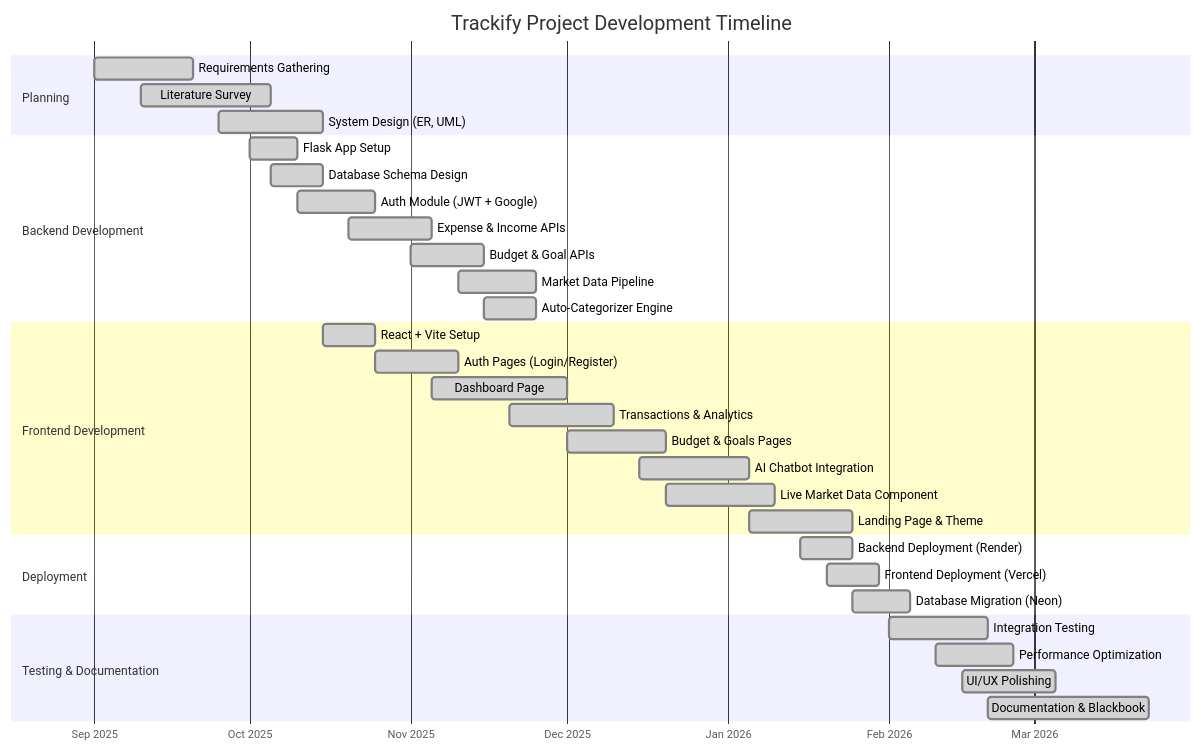
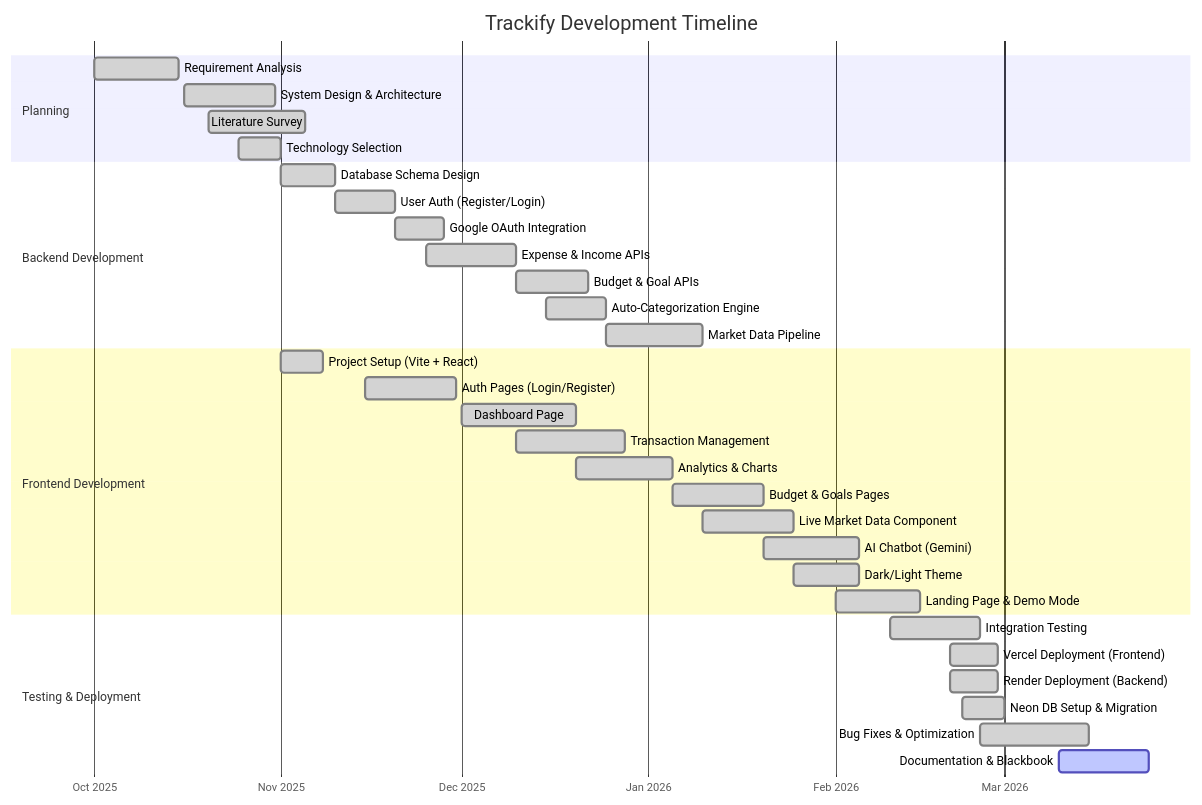
One commit to ayushsawant3478-web/Expense_tracker changed the second of 13 diagrams in Trackify_Blackbook.md. Above: the diagram before and after it, drawn with Mermaid. The commit also changed other lines of this file and 2 other files, not shown here.

Commit message:
Reduce memory usage on Render

````diff
--- a/Trackify_Blackbook.md
+++ b/Trackify_Blackbook.md
@@ -389,42 +378,41 @@
 ```mermaid
 gantt
-    title Trackify Project Development Timeline
+    title Trackify Development Timeline
     dateFormat  YYYY-MM-DD
     axisFormat  %b %Y
-    todayMarker stroke-width:3px,stroke:#ff0000
 
     section Planning
-    Requirements Gathering     :done, rg, 2025-09-01, 2025-09-20
-    Literature Survey           :done, ls, 2025-09-10, 2025-10-05
-    System Design (ER, UML)     :done, sd, 2025-09-25, 2025-10-15
+    Requirement Analysis           :done, p1, 2025-10-01, 2025-10-15
+    System Design & Architecture   :done, p2, 2025-10-16, 2025-10-31
+    Literature Survey              :done, p3, 2025-10-20, 2025-11-05
+    Technology Selection           :done, p4, 2025-10-25, 2025-11-01
 
     section Backend Development
-    Flask App Setup             :done, fas, 2025-10-01, 2025-10-10
-    Database Schema Design      :done, dbs, 2025-10-05, 2025-10-15
-    Auth Module (JWT + Google)  :done, am, 2025-10-10, 2025-10-25
-    Expense & Income APIs       :done, ei, 2025-10-20, 2025-11-05
-    Budget & Goal APIs          :done, bg, 2025-11-01, 2025-11-15
-    Market Data Pipeline        :done, md, 2025-11-10, 2025-11-25
-    Auto-Categorizer Engine     :done, ac, 2025-11-15, 2025-11-25
+    Database Schema Design         :done, b1, 2025-11-01, 2025-11-10
+    User Auth (Register/Login)     :done, b2, 2025-11-10, 2025-11-20
+    Google OAuth Integration       :done, b3, 2025-11-20, 2025-11-28
+    Expense & Income APIs          :done, b4, 2025-11-25, 2025-12-10
+    Budget & Goal APIs             :done, b5, 2025-12-10, 2025-12-22
+    Auto-Categorization Engine     :done, b6, 2025-12-15, 2025-12-25
+    Market Data Pipeline           :done, b7, 2025-12-25, 2026-01-10
 
     section Frontend Development
-    React + Vite Setup          :done, rvs, 2025-10-15, 2025-10-25
-    Auth Pages (Login/Register) :done, ap, 2025-10-25, 2025-11-10
-    Dashboard Page              :done, dp, 2025-11-05, 2025-12-01
-    Transactions & Analytics    :done, ta, 2025-11-20, 2025-12-10
-    Budget & Goals Pages        :done, bgp, 2025-12-01, 2025-12-20
-    AI Chatbot Integration      :done, ai, 2025-12-15, 2026-01-05
-    Live Market Data Component  :done, lmd, 2025-12-20, 2026-01-10
-    Landing Page & Theme        :done, lpt, 2026-01-05, 2026-01-25
+    Project Setup (Vite + React)   :done, f1, 2025-11-01, 2025-11-08
+    Auth Pages (Login/Register)    :done, f2, 2025-11-15, 2025-11-30
+    Dashboard Page                 :done, f3, 2025-12-01, 2025-12-20
+    Transaction Management         :done, f4, 2025-12-10, 2025-12-28
+    Analytics & Charts             :done, f5, 2025-12-20, 2026-01-05
+    Budget & Goals Pages           :done, f6, 2026-01-05, 2026-01-20
+    Live Market Data Component     :done, f7, 2026-01-10, 2026-01-25
+    AI Chatbot (Gemini)            :done, f8, 2026-01-20, 2026-02-05
+    Dark/Light Theme               :done, f9, 2026-01-25, 2026-02-05
+    Landing Page & Demo Mode       :done, f10, 2026-02-01, 2026-02-15
 
-    section Deployment
-    Backend Deployment (Render) :done, bd, 2026-01-15, 2026-01-25
-    Frontend Deployment (Vercel):done, fd, 2026-01-20, 2026-01-30
-    Database Migration (Neon)   :done, dm, 2026-01-25, 2026-02-05
-
-    section Testing & Documentation
-    Integration Testing         :done, it, 2026-02-01, 2026-02-20
-    Performance Optimization    :done, po, 2026-02-10, 2026-02-25
-    UI/UX Polishing             :done, up, 2026-02-15, 2026-03-05
-    Documentation & Blackbook   :done, doc, 2026-02-20, 2026-03-23
+    section Testing & Deployment
+    Integration Testing            :done, t1, 2026-02-10, 2026-02-25
+    Vercel Deployment (Frontend)   :done, t2, 2026-02-20, 2026-02-28
+    Render Deployment (Backend)    :done, t3, 2026-02-20, 2026-02-28
+    Neon DB Setup & Migration      :done, t4, 2026-02-22, 2026-03-01
+    Bug Fixes & Optimization       :done, t5, 2026-02-25, 2026-03-15
+    Documentation & Blackbook      :active, t6, 2026-03-10, 2026-03-25
 ```
````
